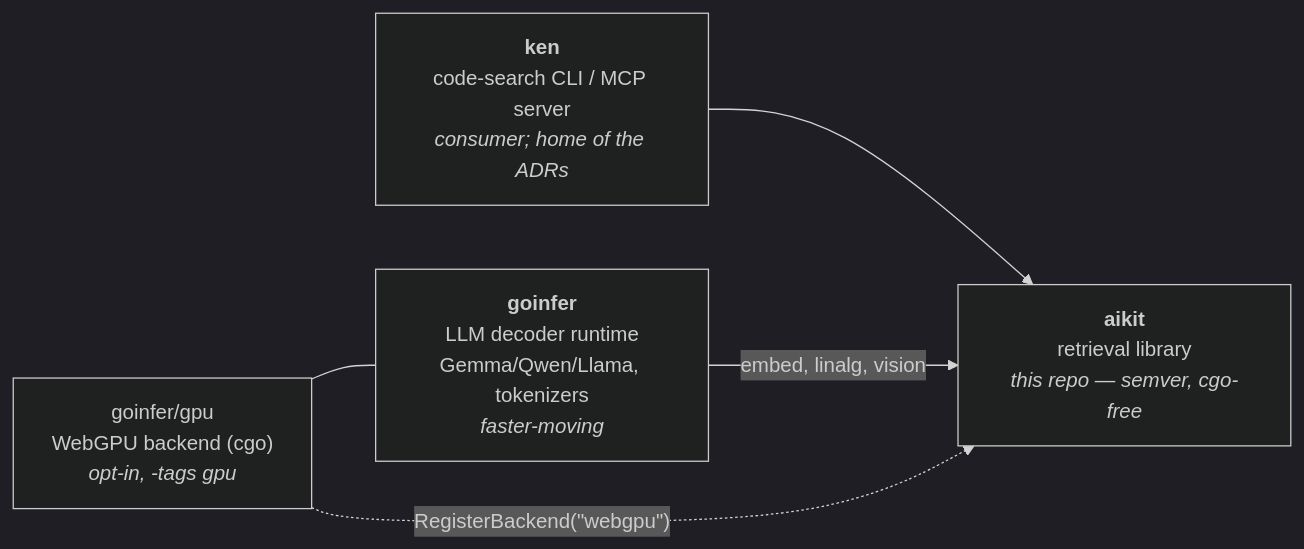
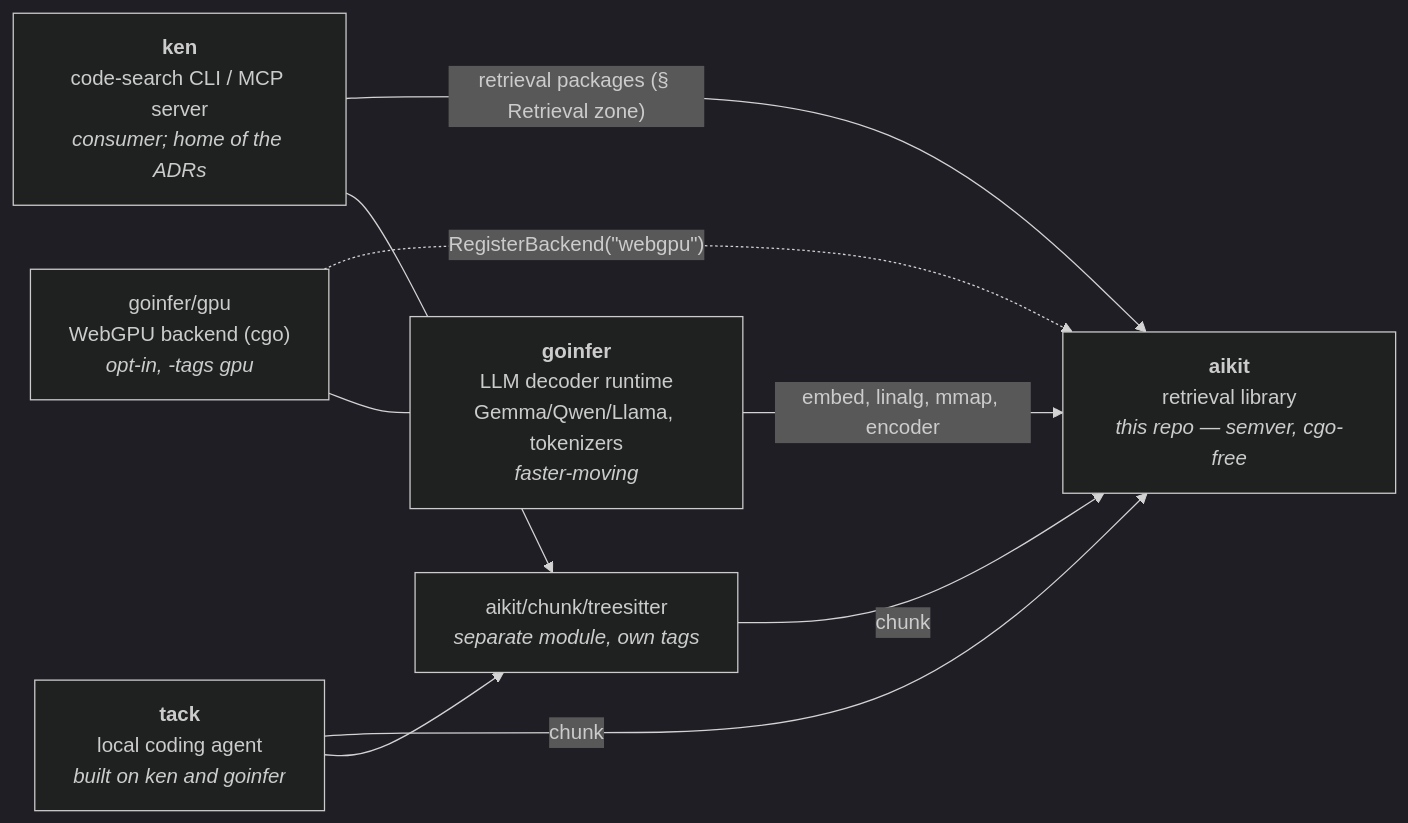
Before and after one commit to townsendmerino/aikit: the second of 3 diagrams in docs/architecture.md, drawn with Mermaid (dark theme). The commit also changed other lines of this file and 6 other files, not shown here.

````diff
--- a/docs/architecture.md
+++ b/docs/architecture.md
@@ -255,11 +253,17 @@
 ```mermaid
 graph LR
     ken["<b>ken</b><br/>code-search CLI / MCP server<br/><i>consumer; home of the ADRs</i>"]
     aikit["<b>aikit</b><br/>retrieval library<br/><i>this repo — semver, cgo-free</i>"]
     goinfer["<b>goinfer</b><br/>LLM decoder runtime<br/>Gemma/Qwen/Llama, tokenizers<br/><i>faster-moving</i>"]
     gpu["goinfer/gpu<br/>WebGPU backend (cgo)<br/><i>opt-in, -tags gpu</i>"]
-    ken --> aikit
-    goinfer -->|"embed, linalg, vision"| aikit
+    tack["<b>tack</b><br/>local coding agent<br/><i>built on ken and goinfer</i>"]
+    ts["aikit/chunk/treesitter<br/><i>separate module, own tags</i>"]
+    ken -->|"retrieval packages (§ Retrieval zone)"| aikit
+    ken --> ts
+    goinfer -->|"embed, linalg, mmap, encoder"| aikit
+    tack -->|"chunk"| aikit
+    tack --> ts
+    ts -->|"chunk"| aikit
     gpu -.->|"RegisterBackend(#quot;webgpu#quot;)"| aikit
     gpu --- goinfer
 ```
````
